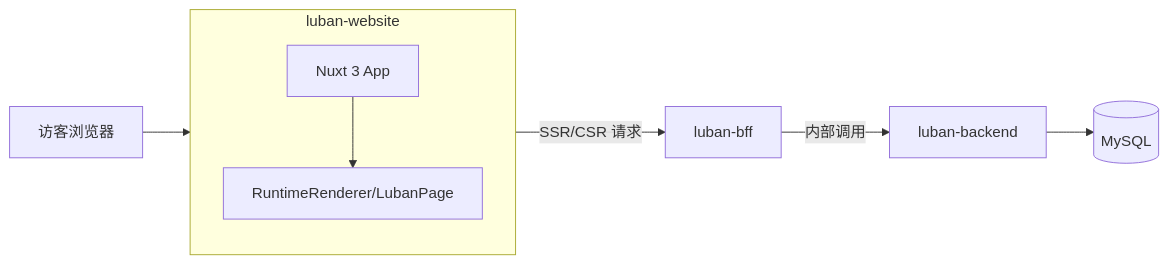
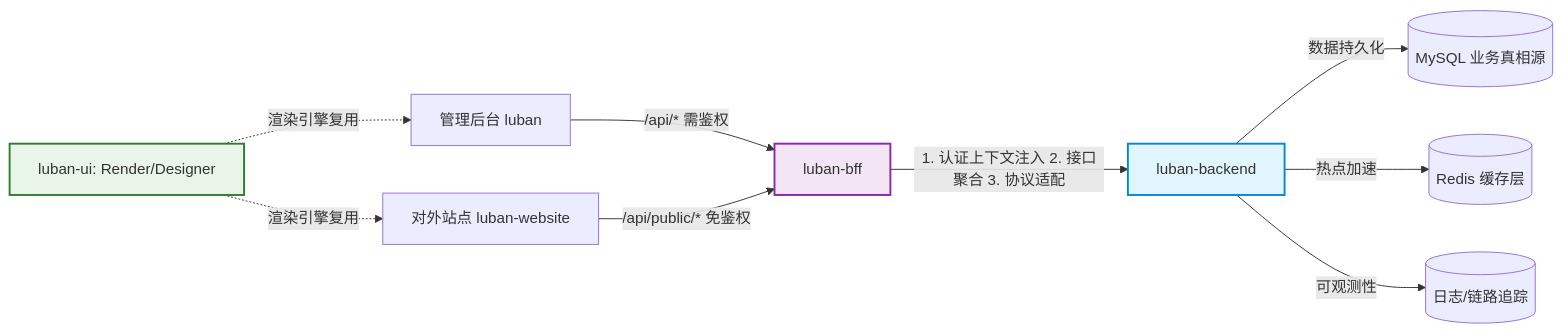
One commit to xiaoshuai1024/luban-low-code changed the diagram in apps/website/docs/DESIGN.md. Above: the diagram before and after it, drawn with Mermaid. The commit also changed other lines of this file, not shown here.

First line of the commit message:
docs(design): refresh website design specification

````diff
--- a/apps/website/docs/DESIGN.md
+++ b/apps/website/docs/DESIGN.md
@@ -11,12 +27,15 @@
 ```mermaid
 flowchart LR
-  User[访客浏览器] --> Website[luban-website]
-  Website -->|SSR/CSR 请求| BFF[luban-bff]
-  BFF -->|内部调用| Backend[luban-backend]
-  Backend --> DB[(MySQL)]
-  subgraph Website [luban-website]
-    Nuxt[Nuxt 3 App]
-    Render[RuntimeRenderer/LubanPage]
-    Nuxt --> Render
-  end
+  Admin[管理后台 luban] -->|/api/* 需鉴权| BFF[luban-bff]
+  Website[对外站点 luban-website] -->|/api/public/* 免鉴权| BFF
+  BFF -->|1. 认证上下文注入 2. 接口聚合 3. 协议适配| Backend[luban-backend]
+  Backend -->|数据持久化| DB[(MySQL 业务真相源)]
+  Backend -->|热点加速| Redis[(Redis 缓存层)]
+  Backend -->|可观测性| Log[(日志/链路追踪)]
+  UI[luban-ui: Render/Designer] -. 渲染引擎复用 .-> Admin
+  UI -. 渲染引擎复用 .-> Website
+  
+  style Backend fill:#e1f5fe,stroke:#0288d1,stroke-width:2px
+  style BFF fill:#f3e5f5,stroke:#8e24aa,stroke-width:2px
+  style UI fill:#e8f5e8,stroke:#2e7d32,stroke-width:2px
 ```
````
